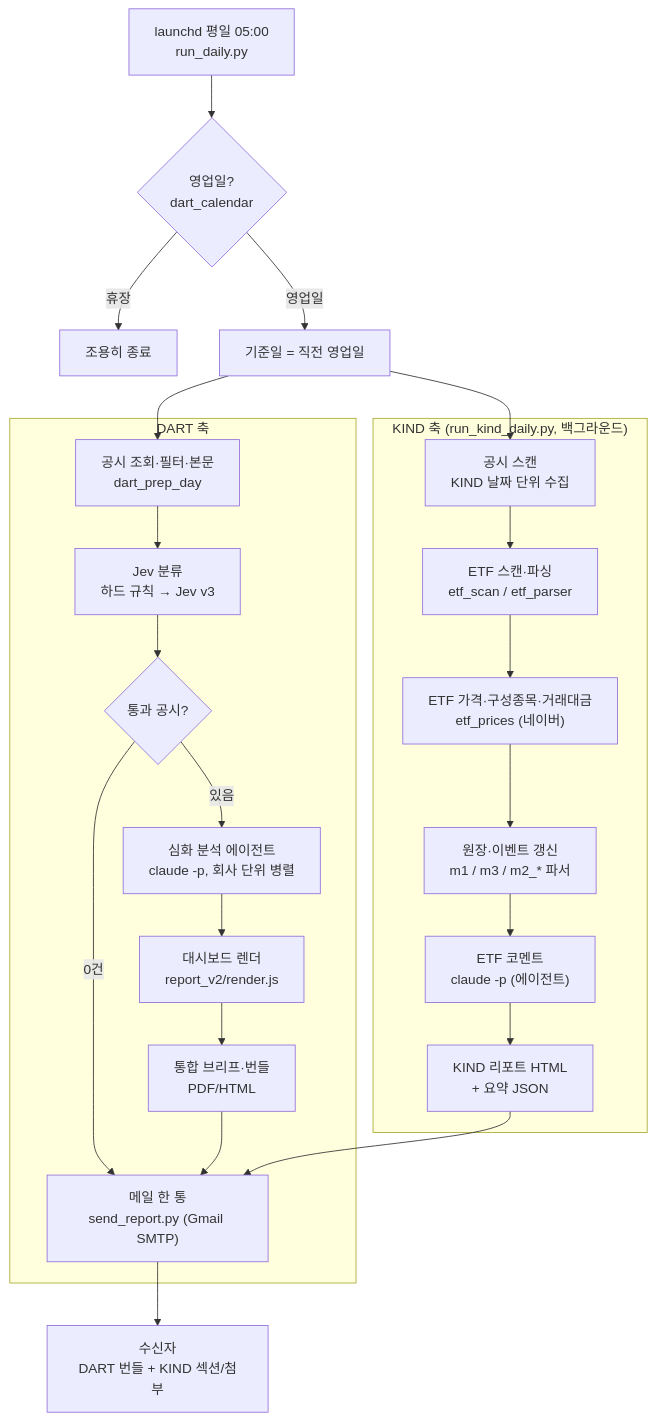
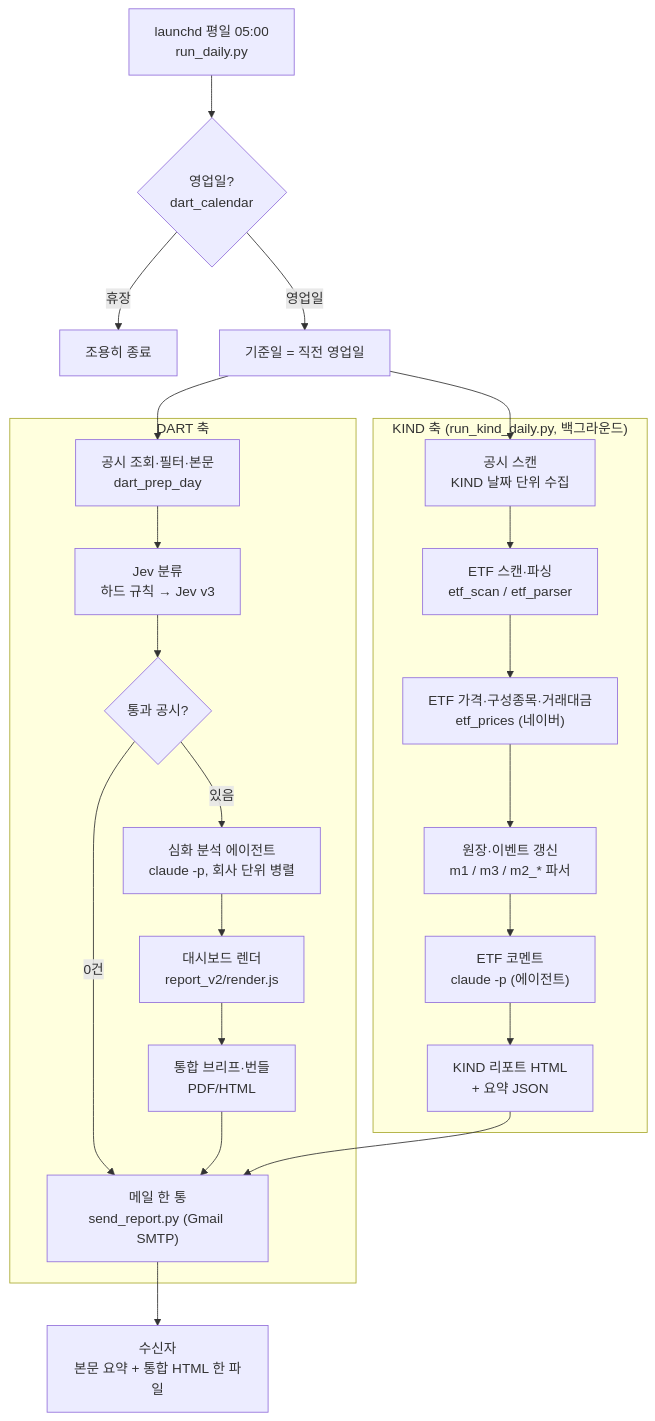
The diagram in readme.md (HoneyBadger131/ipo-llm-approach), drawn with Mermaid before and after one commit. The commit also changed other lines of this file and 12 other files, not shown here.

Commit message:
Integrated report in live pipeline (DART tab first, single HTML attachment), ai-disclosure-report filename, t2 sort, tab rename 자사주 취득, recipients to .env, front page v4

````diff
--- a/readme.md
+++ b/readme.md
@@ -64,30 +65,30 @@
 ```mermaid
 flowchart TD
     L["launchd 평일 05:00<br/>run_daily.py"] --> C{"영업일?<br/>dart_calendar"}
     C -- 휴장 --> X["조용히 종료"]
     C -- 영업일 --> B["기준일 = 직전 영업일"]
 
     B --> K0
     B --> D0
 
     subgraph KIND["KIND 축 (run_kind_daily.py, 백그라운드)"]
         K0["공시 스캔<br/>KIND 날짜 단위 수집"] --> K1["ETF 스캔·파싱<br/>etf_scan / etf_parser"]
         K1 --> K2["ETF 가격·구성종목·거래대금<br/>etf_prices (네이버)"]
         K2 --> K3["원장·이벤트 갱신<br/>m1 / m3 / m2_* 파서"]
         K3 --> K4["ETF 코멘트<br/>claude -p (에이전트)"]
         K4 --> K5["KIND 리포트 HTML<br/>+ 요약 JSON"]
     end
 
     subgraph DART["DART 축"]
         D0["공시 조회·필터·본문<br/>dart_prep_day"] --> D1["Jev 분류<br/>하드 규칙 → Jev v3"]
         D1 --> D2{"통과 공시?"}
         D2 -- 0건 --> M
         D2 -- 있음 --> D3["심화 분석 에이전트<br/>claude -p, 회사 단위 병렬"]
         D3 --> D4["대시보드 렌더<br/>report_v2/render.js"]
         D4 --> D5["통합 브리프·번들<br/>PDF/HTML"]
     end
 
     D5 --> M["메일 한 통<br/>send_report.py (Gmail SMTP)"]
     K5 --> M
-    M --> R["수신자<br/>DART 번들 + KIND 섹션/첨부"]
+    M --> R["수신자<br/>본문 요약 + 통합 HTML 한 파일"]
 ```
````
